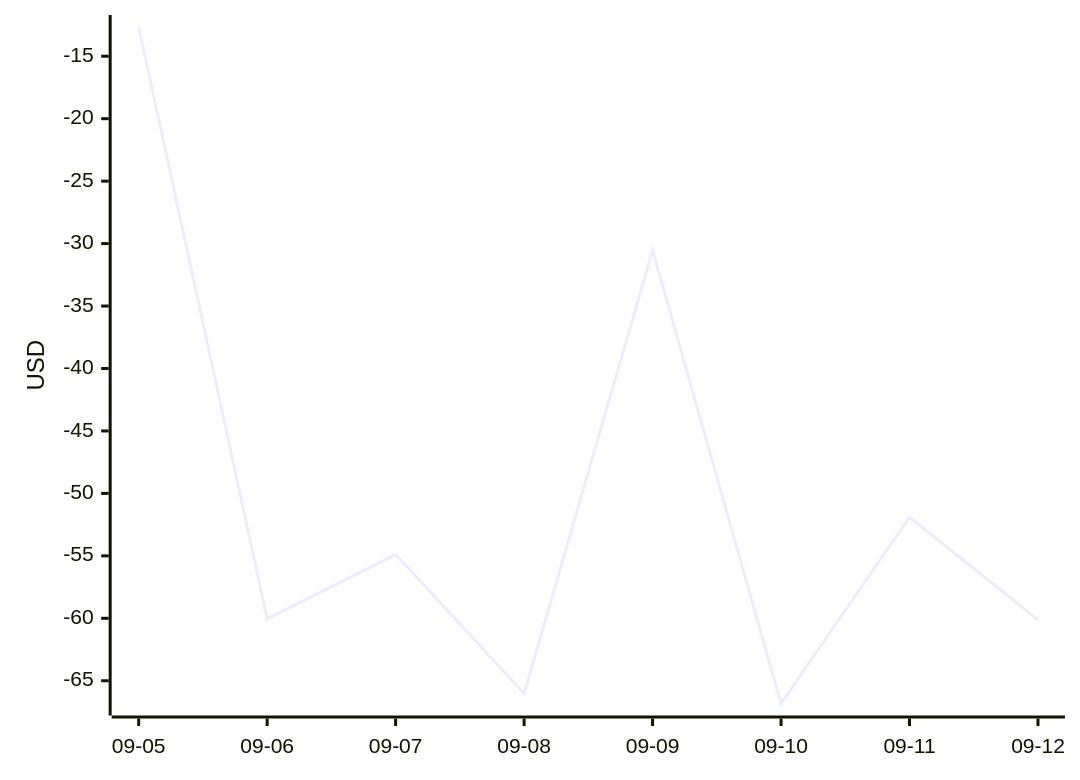
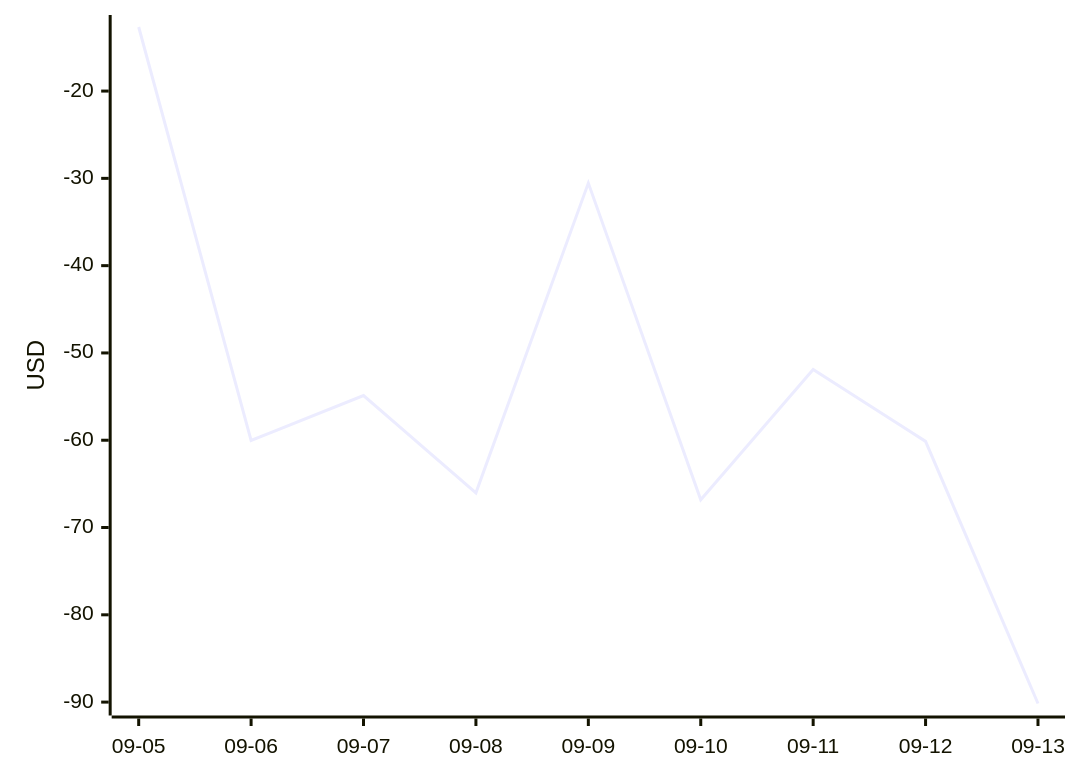
The diagram in DASHBOARD.md (aryanvaid2108/prediction-trading), drawn with Mermaid before and after one commit. The commit also changed other lines of this file and 6 other files, not shown here.

````diff
--- a/DASHBOARD.md
+++ b/DASHBOARD.md
@@ -63,6 +63,6 @@
 ```mermaid
 xychart-beta
-  x-axis ["09-05", "09-06", "09-07", "09-08", "09-09", "09-10", "09-11", "09-12"]
+  x-axis ["09-05", "09-06", "09-07", "09-08", "09-09", "09-10", "09-11", "09-12", "09-13"]
   y-axis "USD"
-  line [-12.66, -60.03, -54.88, -66.03, -30.54, -66.82, -51.90, -60.13]
+  line [-12.66, -60.03, -54.88, -66.03, -30.54, -66.82, -51.90, -60.13, -90.16]
 ```
````
